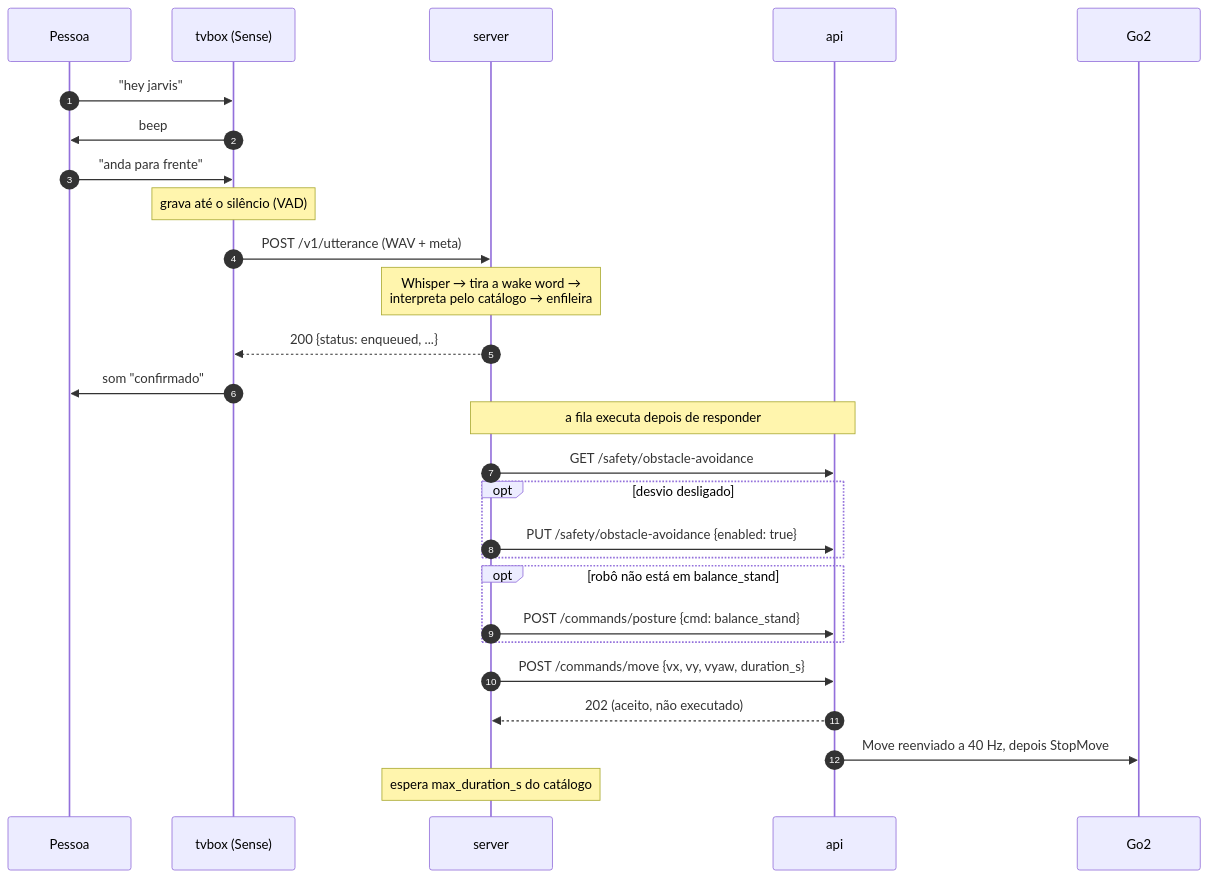
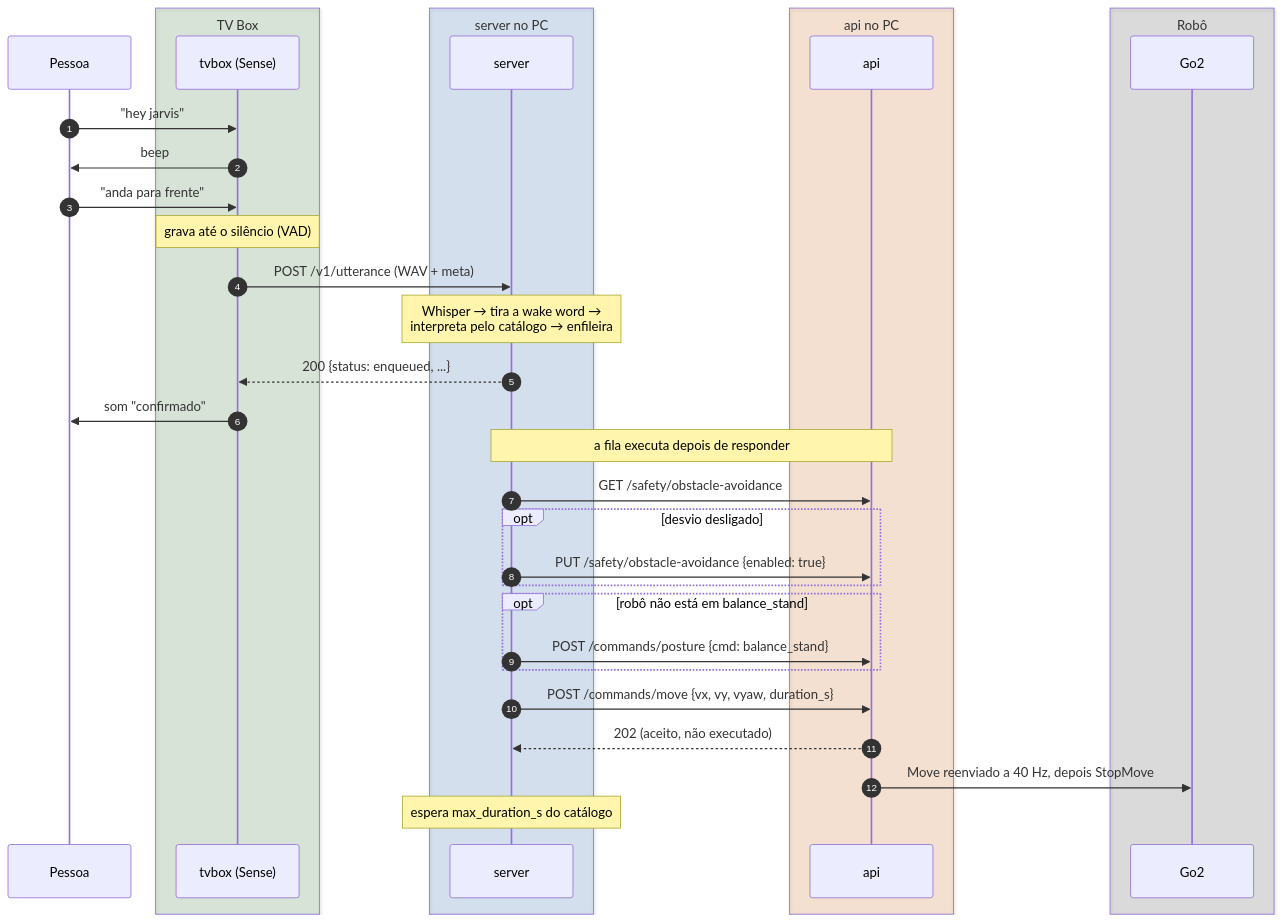
The second of 6 diagrams in docs/arquitetura.md (carlosvts/go2), drawn with Mermaid before and after one commit. The commit also changed other lines of this file, not shown here.

First line of the commit message:
docs: cores por serviço nos diagramas de arquitetura

````diff
--- a/docs/arquitetura.md
+++ b/docs/arquitetura.md
@@ -44,30 +59,38 @@
 ```mermaid
 sequenceDiagram
     autonumber
     participant P as Pessoa
-    participant T as tvbox (Sense)
-    participant S as server
-    participant A as api
-    participant R as Go2
+    box rgba(46,125,50,0.15) TV Box
+        participant T as tvbox (Sense)
+    end
+    box rgba(21,101,192,0.15) server no PC
+        participant S as server
+    end
+    box rgba(239,108,0,0.15) api no PC
+        participant A as api
+    end
+    box rgba(66,66,66,0.15) Robô
+        participant R as Go2
+    end
 
     P->>T: "hey jarvis"
     T->>P: beep
     P->>T: "anda para frente"
     Note over T: grava até o silêncio (VAD)
     T->>S: POST /v1/utterance (WAV + meta)
     Note over S: Whisper → tira a wake word →<br/>interpreta pelo catálogo → enfileira
     S-->>T: 200 {status: enqueued, ...}
     T->>P: som "confirmado"
     Note over S,A: a fila executa depois de responder
     S->>A: GET /safety/obstacle-avoidance
     opt desvio desligado
         S->>A: PUT /safety/obstacle-avoidance {enabled: true}
     end
     opt robô não está em balance_stand
         S->>A: POST /commands/posture {cmd: balance_stand}
     end
     S->>A: POST /commands/move {vx, vy, vyaw, duration_s}
     A-->>S: 202 (aceito, não executado)
     A->>R: Move reenviado a 40 Hz, depois StopMove
     Note over S: espera max_duration_s do catálogo
 ```
````
